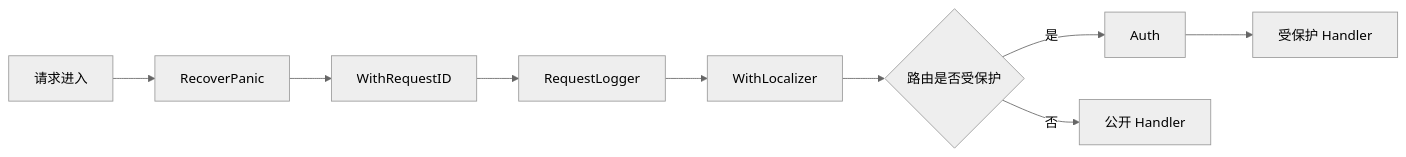
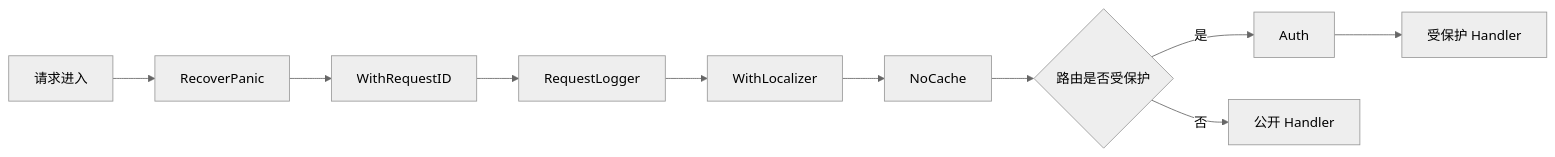
One commit to 0REZ/clawbench changed the first of 2 diagrams in docs/spec/infra/auth-and-middleware.md. Above: the diagram before and after it, drawn with Mermaid (neutral theme). The commit also changed other lines of this file and 62 other files, not shown here.

````diff
--- a/docs/spec/infra/auth-and-middleware.md
+++ b/docs/spec/infra/auth-and-middleware.md
@@ -9,11 +9,12 @@
 ```mermaid
 flowchart LR
     A[请求进入] --> B[RecoverPanic]
     B --> C[WithRequestID]
     C --> D[RequestLogger]
     D --> E[WithLocalizer]
-    E --> F{路由是否受保护}
-    F -->|是| G[Auth]
-    F -->|否| H[公开 Handler]
-    G --> I[受保护 Handler]
+    E --> F[NoCache]
+    F --> G{路由是否受保护}
+    G -->|是| H[Auth]
+    G -->|否| I[公开 Handler]
+    H --> J[受保护 Handler]
 ```
````
